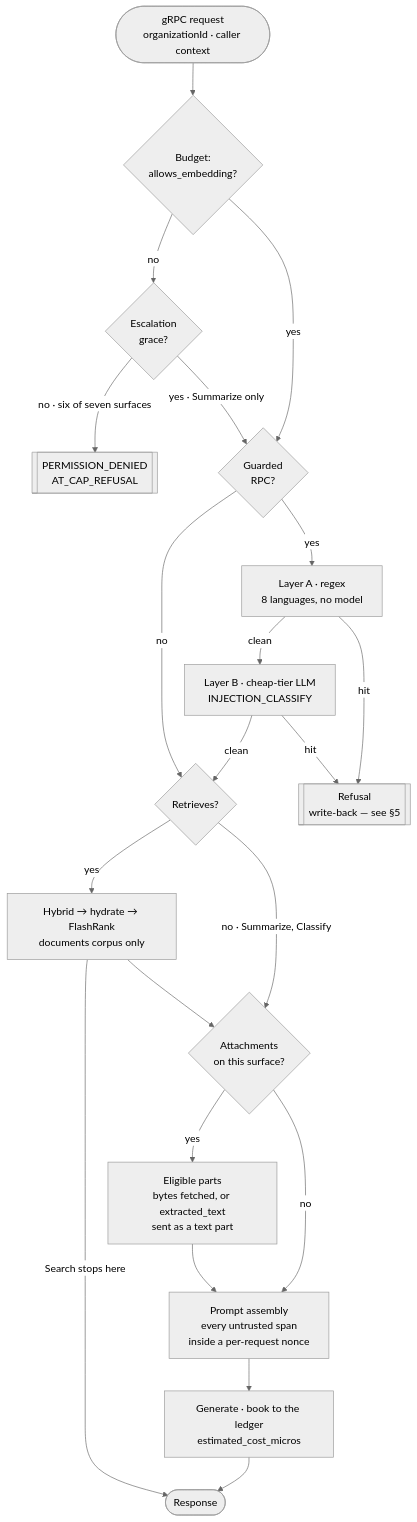
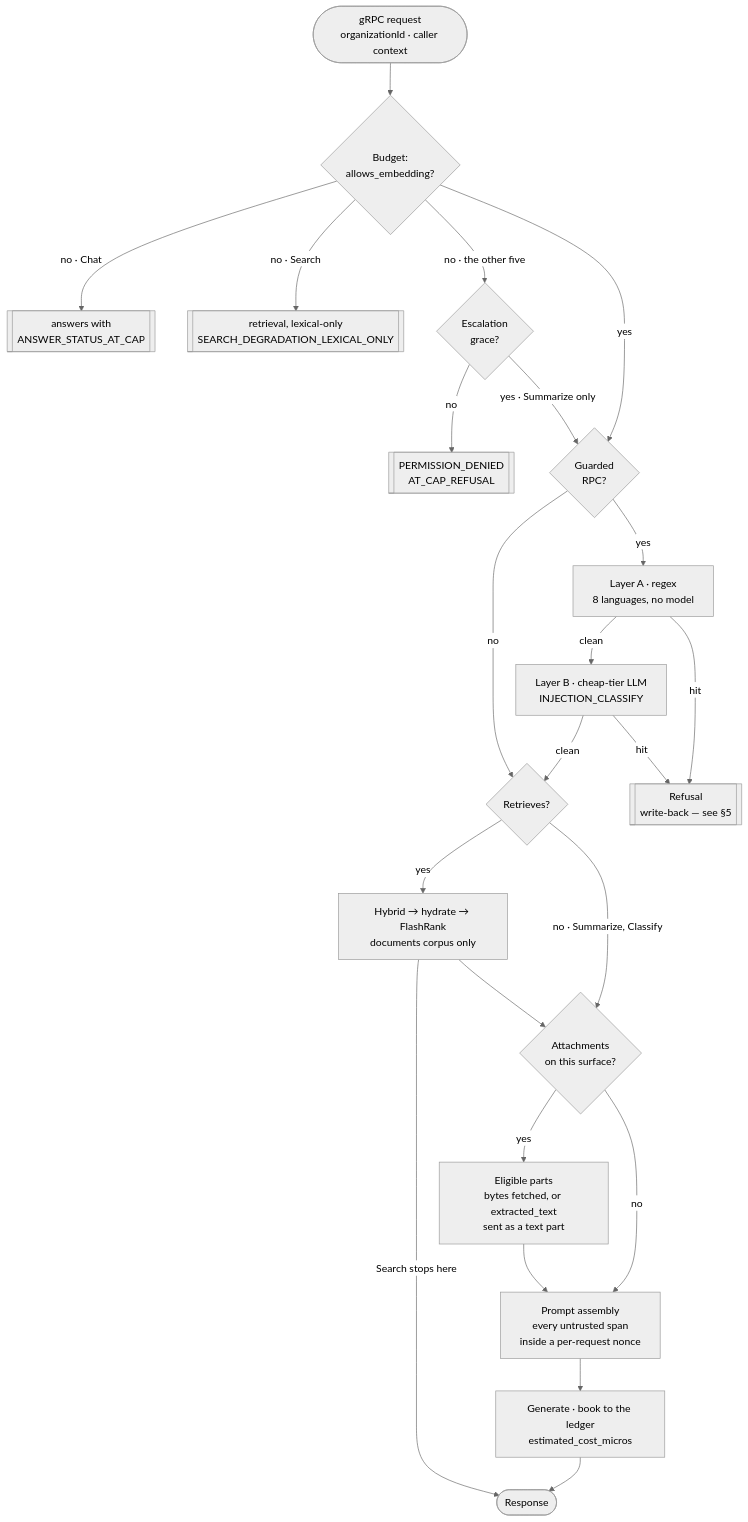
One commit to dungtq2k5/synapse-desk changed the second of 5 diagrams in docs/reference/sys-flows.md. Above: the diagram before and after it, drawn with Mermaid (neutral theme). The commit also changed other lines of this file and 34 other files, not shown here.

````diff
--- a/docs/reference/sys-flows.md
+++ b/docs/reference/sys-flows.md
@@ -60,26 +60,28 @@
 ```mermaid
 flowchart TD
   IN([gRPC request<br/>organizationId · caller context]) --> CAP{Budget:<br/>allows_embedding?}
 
-  CAP -->|no| GRACE{Escalation<br/>grace?}
-  GRACE -->|"no · six of seven surfaces"| DENY[["PERMISSION_DENIED<br/>AT_CAP_REFUSAL"]]
+  CAP -->|"no · Chat"| ATCAP[["answers with<br/>ANSWER_STATUS_AT_CAP"]]
+  CAP -->|"no · Search"| LEX[["retrieval, lexical-only<br/>SEARCH_DEGRADATION_LEXICAL_ONLY"]]
+  CAP -->|no · the other five| GRACE{Escalation<br/>grace?}
+  GRACE -->|"no"| DENY[["PERMISSION_DENIED<br/>AT_CAP_REFUSAL"]]
   GRACE -->|"yes · Summarize only"| GUARD
   CAP -->|yes| GUARD
 
   GUARD{Guarded<br/>RPC?} -->|no| RETR
   GUARD -->|yes| LA[Layer A · regex<br/>8 languages, no model]
   LA -->|clean| LB[Layer B · cheap-tier LLM<br/>INJECTION_CLASSIFY]
   LA -->|hit| REFUSE
   LB -->|clean| RETR
   LB -->|hit| REFUSE[[Refusal<br/>write-back — see §5]]
 
   RETR{Retrieves?} -->|yes| DOCS[Hybrid → hydrate → FlashRank<br/>documents corpus only]
   RETR -->|"no · Summarize, Classify"| ATT
   DOCS -->|"Search stops here"| OUT
   DOCS --> ATT{Attachments<br/>on this surface?}
   ATT -->|yes| PARTS[Eligible parts<br/>bytes fetched, or extracted_text<br/>sent as a text part]
   ATT -->|no| PROMPT
   PARTS --> PROMPT[Prompt assembly<br/>every untrusted span<br/>inside a per-request nonce]
   PROMPT --> GEN[Generate · book to the ledger<br/>estimated_cost_micros]
   GEN --> OUT([Response])
 ```
````
